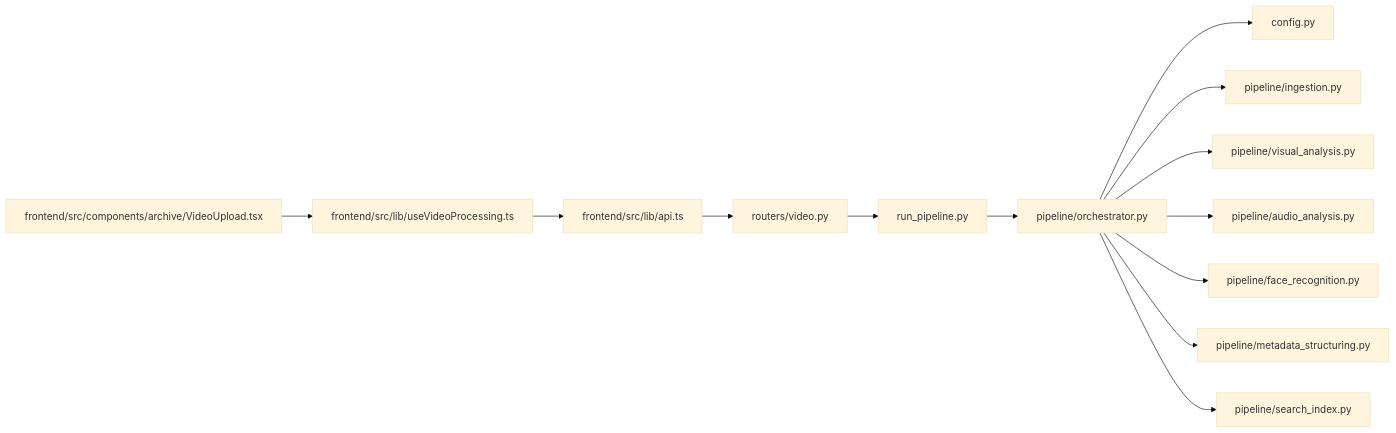
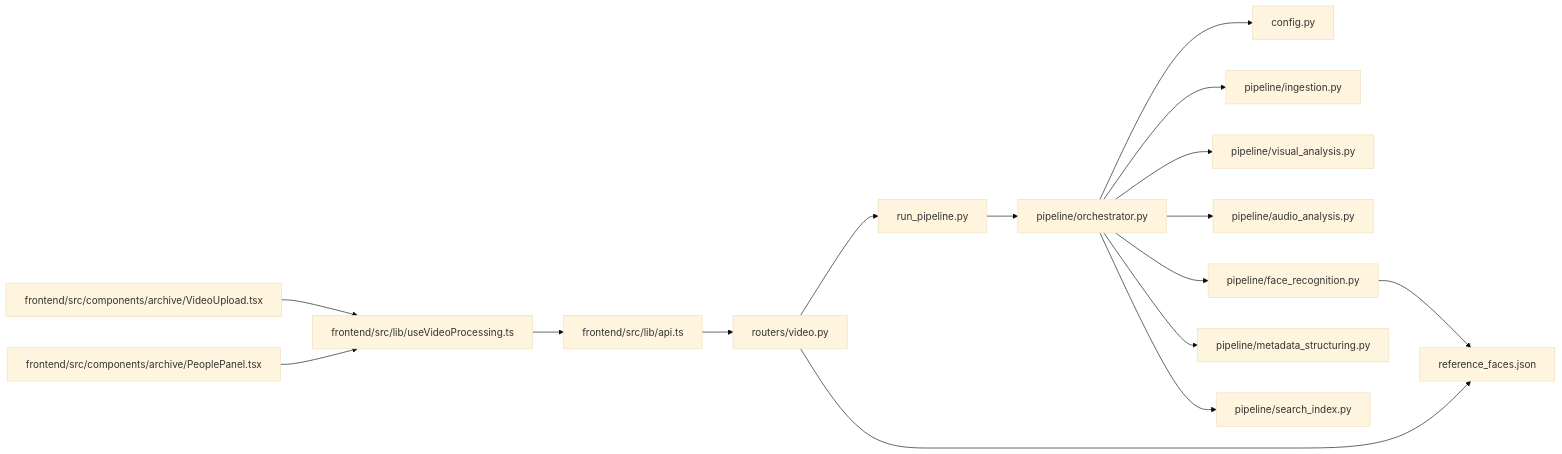
The third of 3 diagrams in .qoder/repowiki/en/content/Backend API Reference/Video Processing Endpoints.md (alexandreybasta-cyber/dubai-media-ai), drawn with Mermaid (base theme) before and after one commit. The commit also changed other lines of this file and 49 other files, not shown here.

````diff
--- a/.qoder/repowiki/en/content/Backend API Reference/Video Processing Endpoints.md
+++ b/.qoder/repowiki/en/content/Backend API Reference/Video Processing Endpoints.md
@@ -503,15 +674,18 @@
 ```mermaid
 graph LR
 Router["routers/video.py"] --> Runner["run_pipeline.py"]
+Router --> RefDB["reference_faces.json"]
 Runner --> Orchestrator["pipeline/orchestrator.py"]
 Orchestrator --> Config["config.py"]
 Orchestrator --> Ingestion["pipeline/ingestion.py"]
 Orchestrator --> Visual["pipeline/visual_analysis.py"]
 Orchestrator --> Audio["pipeline/audio_analysis.py"]
 Orchestrator --> Face["pipeline/face_recognition.py"]
 Orchestrator --> Metadata["pipeline/metadata_structuring.py"]
 Orchestrator --> SearchIndex["pipeline/search_index.py"]
+Face --> RefDB
 FrontendAPI["frontend/src/lib/api.ts"] --> Router
 FrontendHook["frontend/src/lib/useVideoProcessing.ts"] --> FrontendAPI
 FrontendUpload["frontend/src/components/archive/VideoUpload.tsx"] --> FrontendHook
+FrontendPeople["frontend/src/components/archive/PeoplePanel.tsx"] --> FrontendHook
 ```
````
